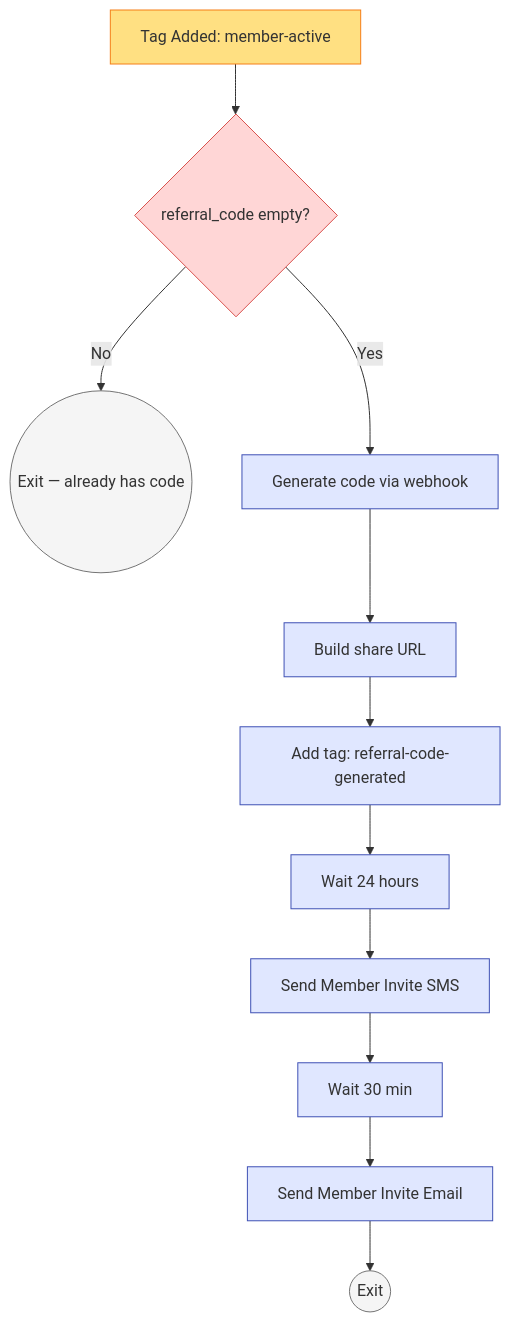
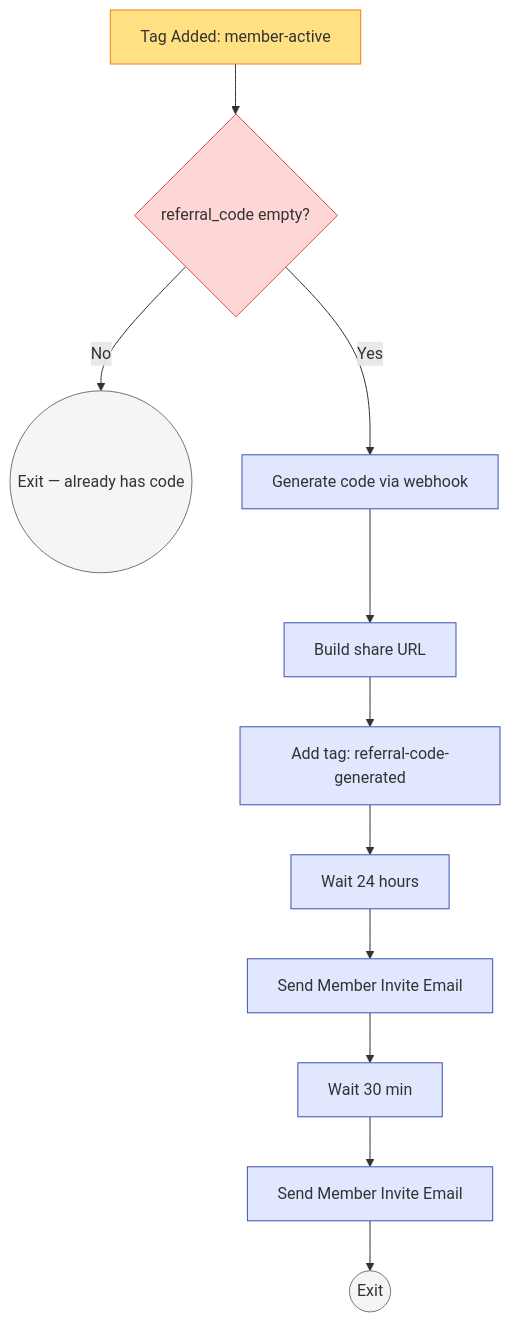
One commit to safeer-maker/GoHighLevel changed the first of 3 diagrams in client-demo/sunrise-wellness-studio/problems/08-referral-engine/assets/workflow.md. Above: the diagram before and after it, drawn with Mermaid. The commit also changed other lines of this file and 50 other files, not shown here.

````diff
--- a/client-demo/sunrise-wellness-studio/problems/08-referral-engine/assets/workflow.md
+++ b/client-demo/sunrise-wellness-studio/problems/08-referral-engine/assets/workflow.md
@@ -130,23 +130,23 @@
 ```mermaid
 graph TD
     T[Tag Added: member-active] --> F{referral_code empty?}
     F -->|No| EX0((Exit — already has code))
     F -->|Yes| A1[Generate code via webhook]
     A1 --> A2[Build share URL]
     A2 --> A3[Add tag: referral-code-generated]
     A3 --> A4[Wait 24 hours]
-    A4 --> A5[Send Member Invite SMS]
+    A4 --> A5[Send Member Invite Email]
     A5 --> A6[Wait 30 min]
     A6 --> A7[Send Member Invite Email]
     A7 --> EX1((Exit))
 
     classDef trigger fill:#FFE082,stroke:#F57F17
     classDef action fill:#E0E7FF,stroke:#3F51B5
     classDef cond fill:#FFD6D6,stroke:#D9534F
     classDef exit fill:#F5F5F5,stroke:#757575
 
     class T trigger
     class A1,A2,A3,A4,A5,A6,A7 action
     class F cond
     class EX0,EX1 exit
 ```
````
